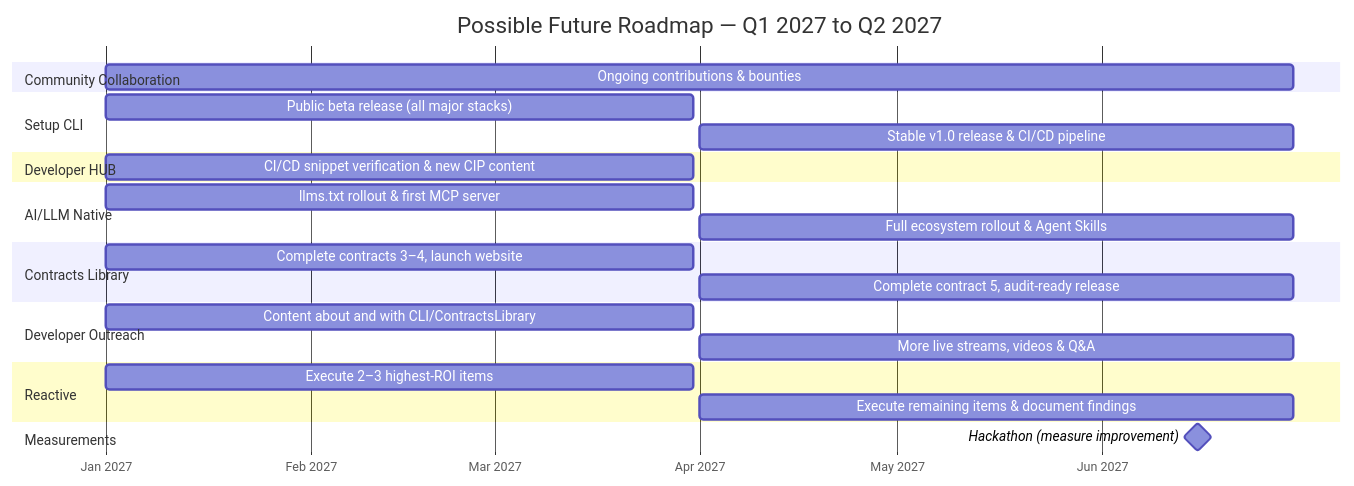
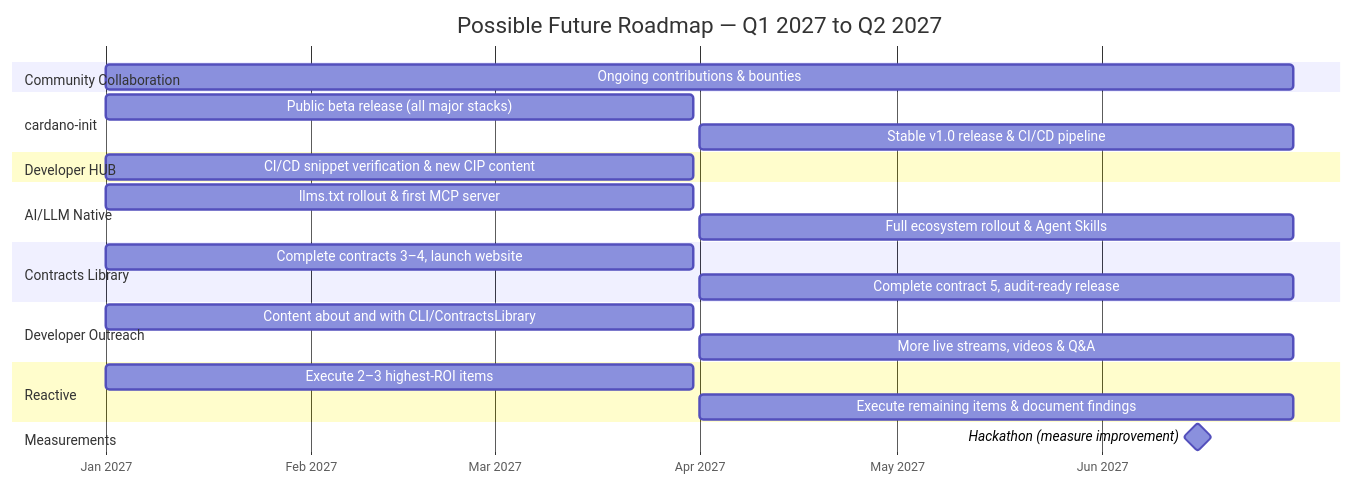
One commit to rober-m/cardano-devx changed the second of 2 diagrams in roadmap.md. Above: the diagram before and after it, drawn with Mermaid. The commit also changed other lines of this file and 3 other files, not shown here.

Commit message:
rename Setup CLI -> cardano-init

````diff
--- a/roadmap.md
+++ b/roadmap.md
@@ -134,36 +134,36 @@
 ```mermaid
 gantt
     title Possible Future Roadmap — Q1 2027 to Q2 2027
     dateFormat YYYY-MM-DD
     axisFormat %b %Y
     tickInterval 1month
 
     section Community Collaboration
     Ongoing contributions & bounties             :cc2, 2027-01-01, 2027-06-30
 
-    section Setup CLI
+    section cardano-init
     Public beta release (all major stacks)       :sc3, 2027-01-01, 2027-03-31
     Stable v1.0 release & CI/CD pipeline         :sc4, 2027-04-01, 2027-06-30
 
     section Developer HUB
     CI/CD snippet verification & new CIP content :dh3, 2027-01-01, 2027-03-31
 
     section AI/LLM Native
     llms.txt rollout & first MCP server          :ai1, 2027-01-01, 2027-03-31
     Full ecosystem rollout & Agent Skills        :ai2, 2027-04-01, 2027-06-30
 
     section Contracts Library
     Complete contracts 3–4, launch website       :cl3, 2027-01-01, 2027-03-31
     Complete contract 5, audit-ready release     :cl4, 2027-04-01, 2027-06-30
 
     section Developer Outreach
     Content about and with CLI/ContractsLibrary            :do3, 2027-01-01, 2027-03-31
     More live streams, videos & Q&A              :do4, 2027-04-01, 2027-06-30
 
     section Reactive
     Execute 2–3 highest-ROI items                :re2, 2027-01-01, 2027-03-31
     Execute remaining items & document findings  :re3, 2027-04-01, 2027-06-30
 
     section Measurements
     Hackathon (measure improvement)           :milestone, mt2, 2027-06-15, 1d
 ```
````
